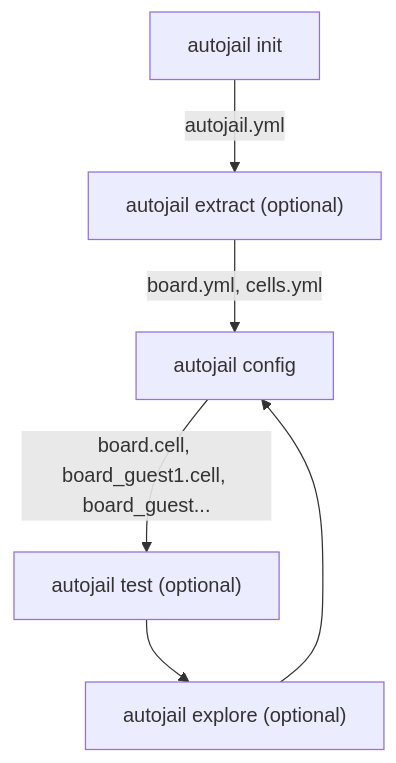
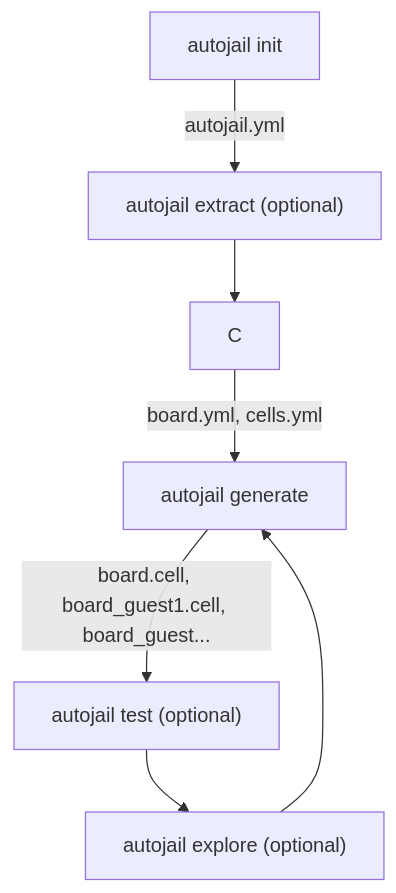
One commit to ekut-es/autojail changed the diagram in doc/overview.md. Above: the diagram before and after it, drawn with Mermaid.

````diff
--- a/doc/overview.md
+++ b/doc/overview.md
@@ -5,8 +5,9 @@
 ```mermaid
 graph TD
   A[autojail init] -->|autojail.yml| B["autojail extract (optional)"];
-  B -->|board.yml, cells.yml| C[autojail config];
-  C -->|board.cell, board_guest1.cell, board_guest...| D["autojail test (optional)"];
-  D --> E["autojail explore (optional)"];
-  E --> C;
+  B --> C;
+  C -->|board.yml, cells.yml| D[autojail generate];
+  D -->|board.cell, board_guest1.cell, board_guest...| E["autojail test (optional)"];
+  E --> F["autojail explore (optional)"];
+  F --> D;
 ```
````
